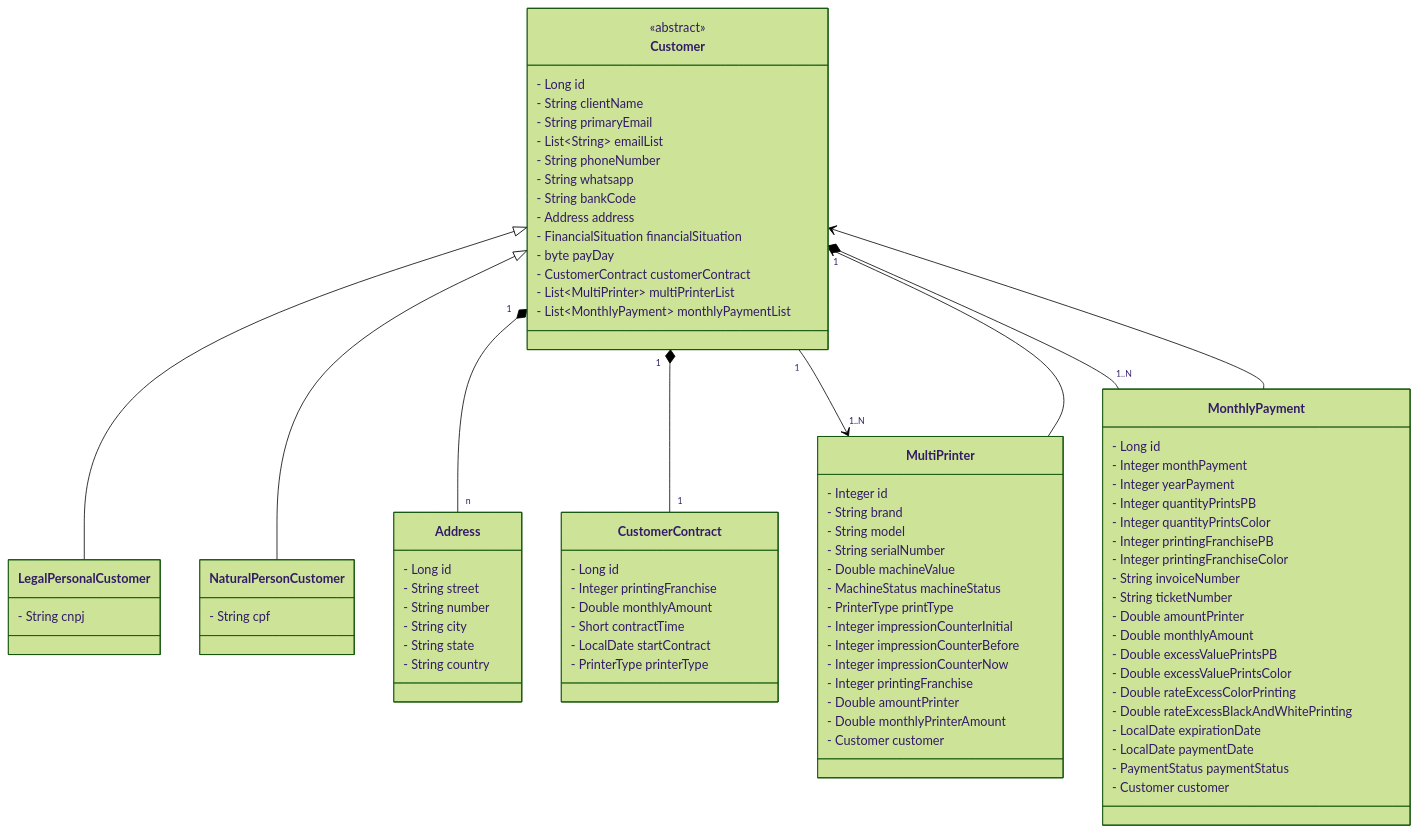
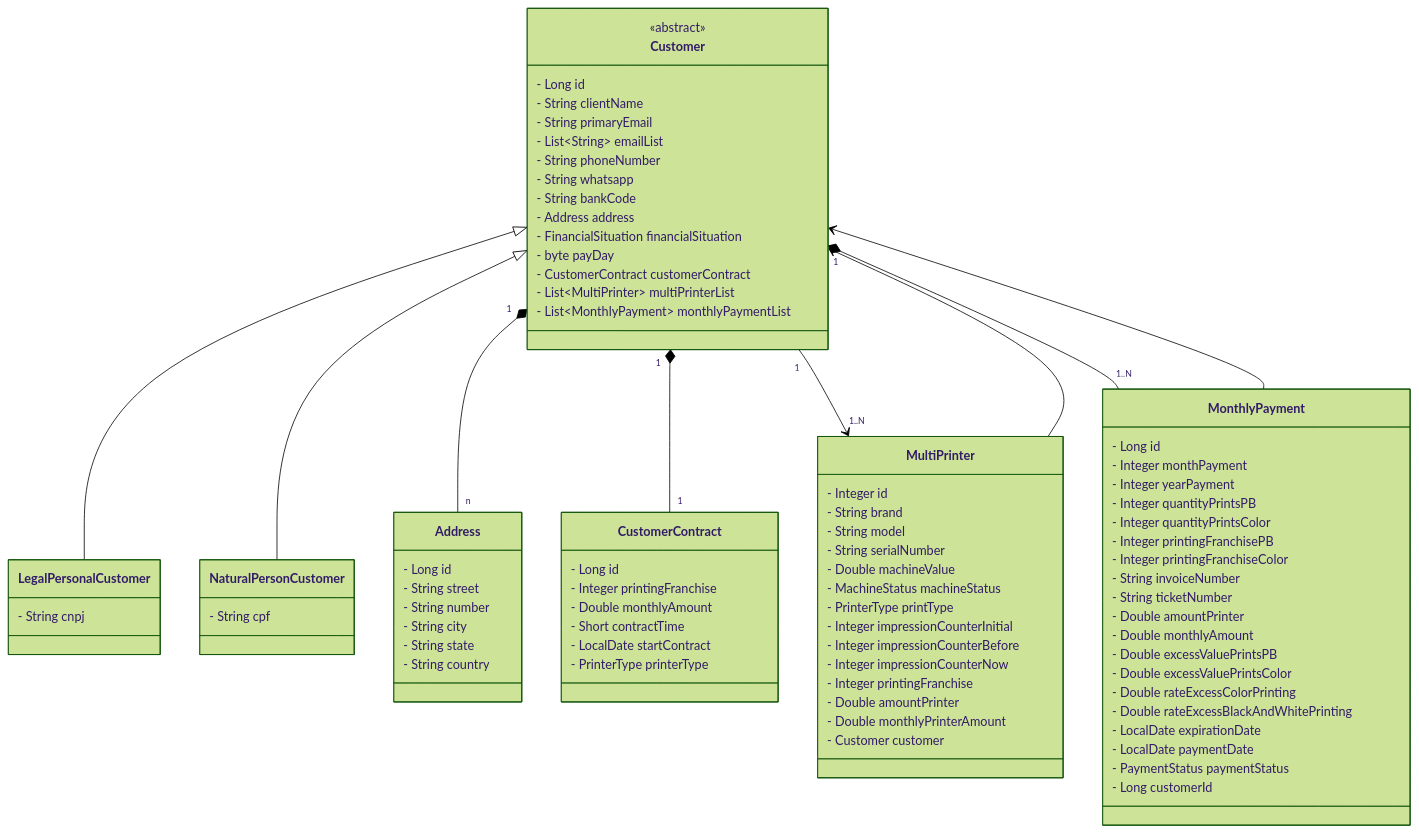
One commit to claudiocarige/projeto-locacao-impressoras changed the first of 2 diagrams in README.md. Above: the diagram before and after it, drawn with Mermaid (forest theme).

Commit message:
[ refactor ] : Changed estructure MonthlyPayment

```diff
--- a/README.md
+++ b/README.md
@@ -148,7 +148,7 @@
         - LocalDate expirationDate
         - LocalDate paymentDate
         - PaymentStatus paymentStatus
-        - Customer customer
+        - Long customerId
     }
 
     Customer <|-- LegalPersonalCustomer
```
